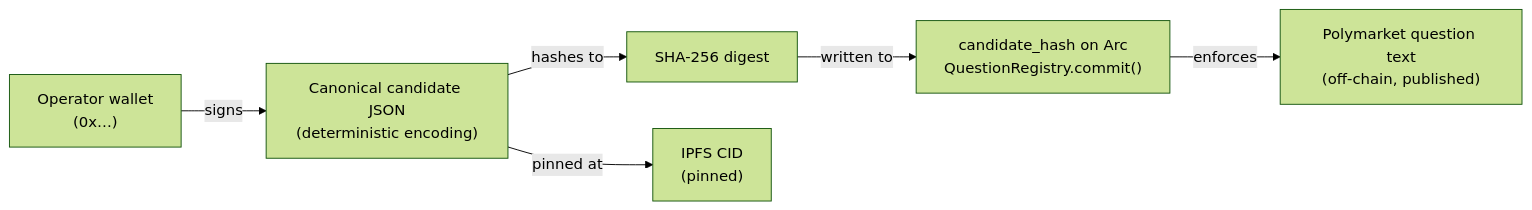
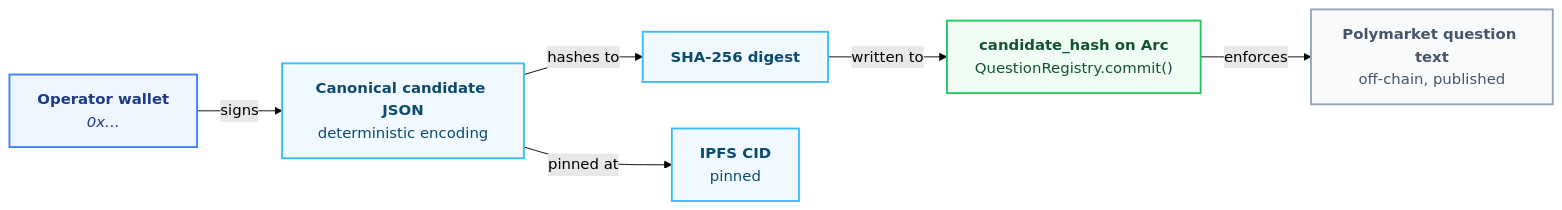
Before and after one commit to licaomeng/polyglot-alpha: the seventh of 12 diagrams in README.md, drawn with Mermaid (forest theme). The commit also changed other lines of this file, not shown here.

First line of the commit message:
docs(readme): apply Apple-style palette to all mermaid diagrams

````diff
--- a/README.md
+++ b/README.md
@@ -402,15 +407,20 @@
 ```mermaid
 flowchart LR
-    A["Operator wallet<br/>(0x…)"]
-    B["Canonical candidate JSON<br/>(deterministic encoding)"]
-    C["SHA-256 digest"]
-    D["IPFS CID<br/>(pinned)"]
-    E["candidate_hash on Arc<br/>QuestionRegistry.commit()"]
-    F["Polymarket question text<br/>(off-chain, published)"]
+    classDef wallet fill:#EFF6FF, stroke:#3B82F6, color:#1E3A8A, stroke-width:2px
+    classDef data fill:#F0F9FF, stroke:#38BDF8, color:#0C4A6E, stroke-width:2px
+    classDef chain fill:#F0FDF4, stroke:#22C55E, color:#14532D, stroke-width:2px
+    classDef ext fill:#F8FAFC, stroke:#94A3B8, color:#475569, stroke-width:2px
 
-    A -->|signs| B
-    B -->|hashes to| C
-    B -->|pinned at| D
-    C -->|written to| E
-    E -->|enforces| F
+    A["<b>Operator wallet</b><br/><i>0x…</i>"]:::wallet
+    B["<b>Canonical candidate JSON</b><br/>deterministic encoding"]:::data
+    C["<b>SHA-256 digest</b>"]:::data
+    D["<b>IPFS CID</b><br/>pinned"]:::data
+    E["<b>candidate_hash on Arc</b><br/>QuestionRegistry.commit()"]:::chain
+    F["<b>Polymarket question text</b><br/>off-chain, published"]:::ext
+
+    A -->|"signs"| B
+    B -->|"hashes to"| C
+    B -->|"pinned at"| D
+    C -->|"written to"| E
+    E -->|"enforces"| F
 ```
````
